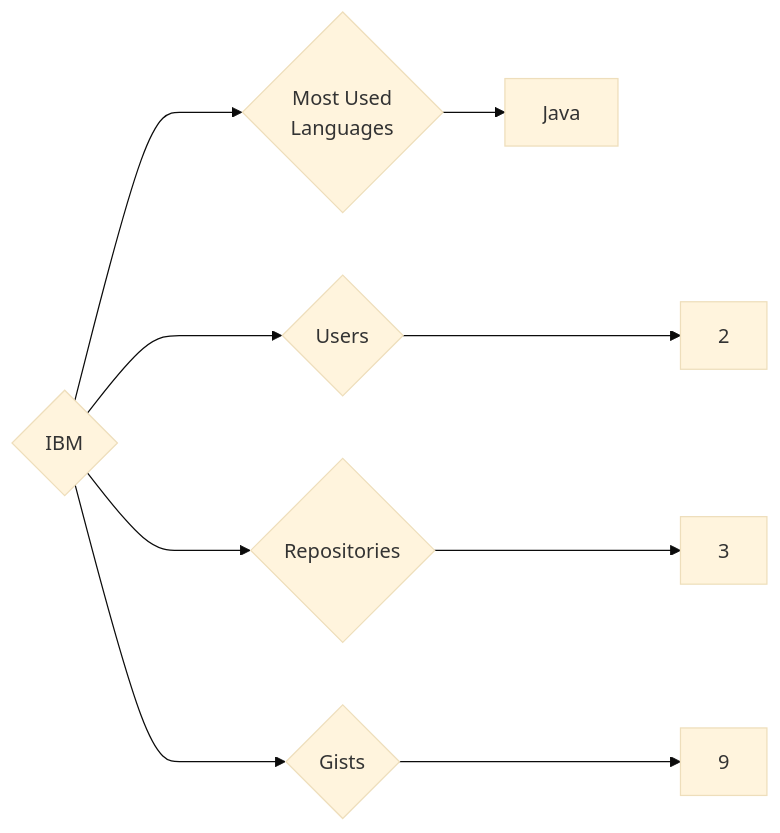
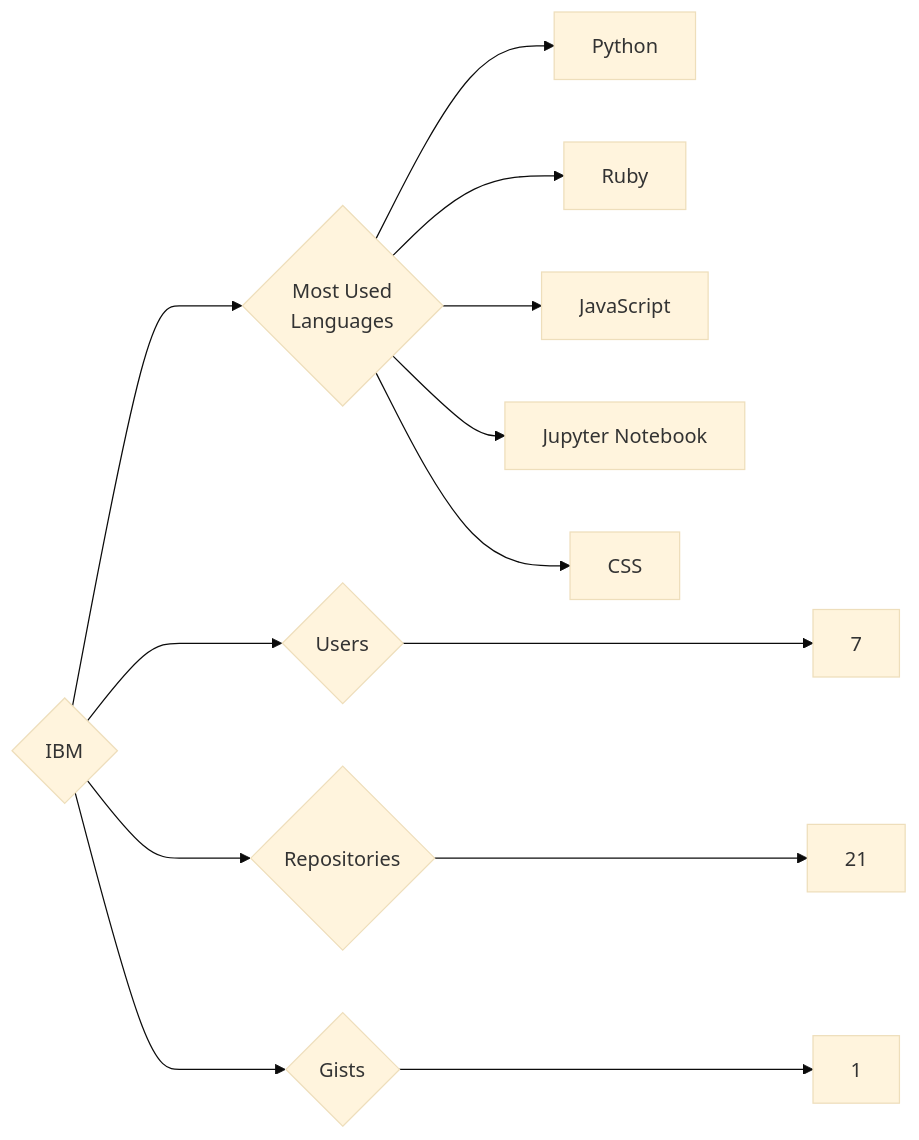
One commit to trickest/insiders changed the diagram in targets/IBM/README.md. Above: the diagram before and after it, drawn with Mermaid (base theme). The commit also changed 1170 other files, not shown here.

````diff
--- a/targets/IBM/README.md
+++ b/targets/IBM/README.md
@@ -3,9 +3,13 @@
 ```mermaid
 graph LR
 COMPANY_NAME{IBM}
-COMPANY_NAME ---> U{Users} ---> UN[2]
-COMPANY_NAME ---> R{Repositories} ---> RN[3]
-COMPANY_NAME ---> G{Gists} ---> GN[9]
+COMPANY_NAME ---> U{Users} ---> UN[7]
+COMPANY_NAME ---> R{Repositories} ---> RN[21]
+COMPANY_NAME ---> G{Gists} ---> GN[1]
 COMPANY_NAME ---> ML{Most Used<br>Languages}
-ML --> Java[Java]
+ML --> Python[Python]
+ML --> Ruby[Ruby]
+ML --> JavaScript[JavaScript]
+ML --> Jupyter_Notebook[Jupyter Notebook]
+ML --> CSS[CSS]
 ```
````
